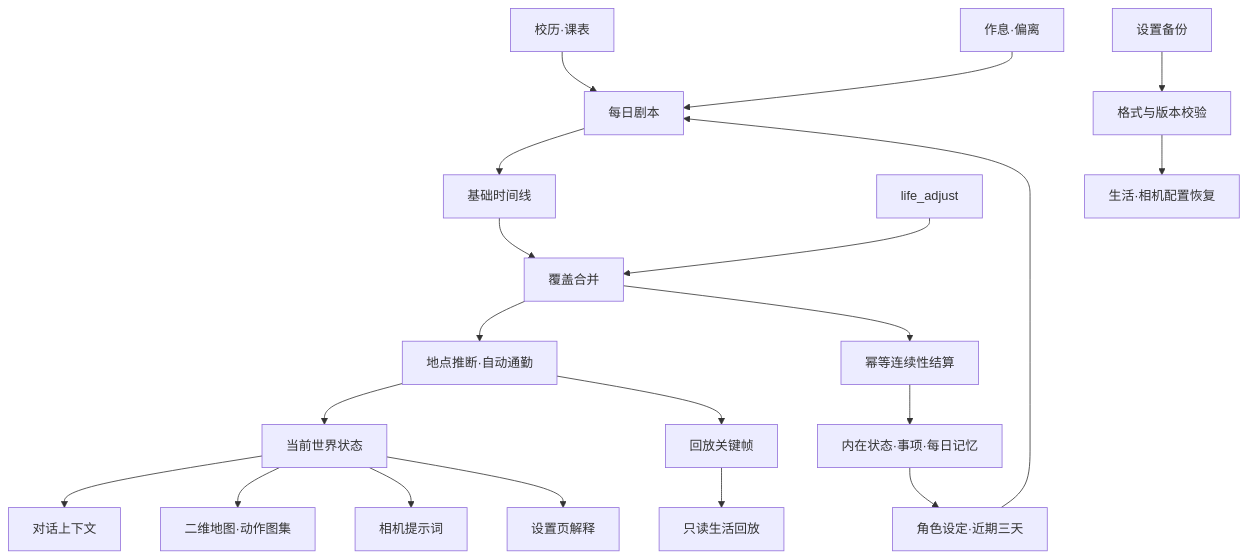
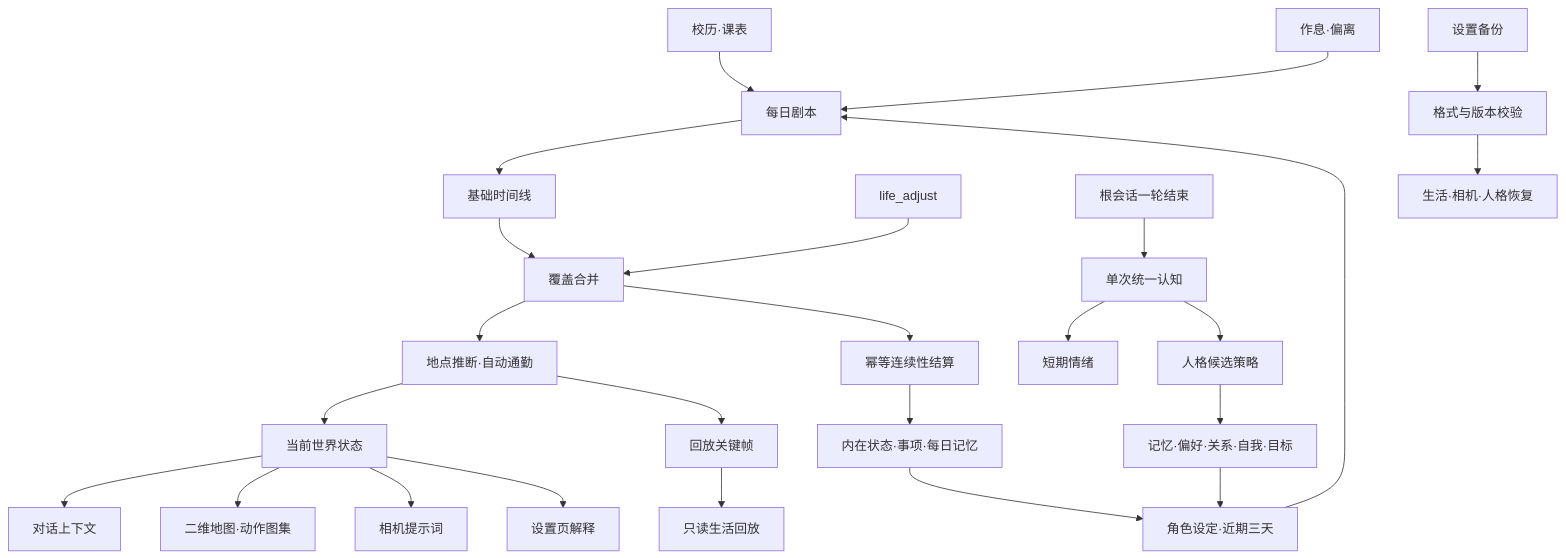
The diagram in docs/DESIGN.md (Vansnc/dsh-feiyu-life), drawn with Mermaid before and after one commit. The commit also changed other lines of this file and 16 other files, not shown here.

````diff
--- a/docs/DESIGN.md
+++ b/docs/DESIGN.md
@@ -20,22 +22,27 @@
 ```mermaid
 flowchart TD
   A[校历·课表] --> D[每日剧本]
   B[作息·偏离] --> D
   C[角色设定·近期三天] --> D
   D --> E[基础时间线]
   F[life_adjust] --> G[覆盖合并]
   E --> G
   G --> H[地点推断·自动通勤]
   H --> I[当前世界状态]
   I --> J[对话上下文]
   I --> K[二维地图·动作图集]
   I --> L[相机提示词]
   I --> M[设置页解释]
   H --> N[回放关键帧]
   N --> O[只读生活回放]
   G --> S[幂等连续性结算]
   S --> T[内在状态·事项·每日记忆]
   T --> C
+  U[根会话一轮结束] --> V[单次统一认知]
+  V --> W[短期情绪]
+  V --> X[人格候选策略]
+  X --> Y[记忆·偏好·关系·自我·目标]
+  Y --> C
   P[设置备份] --> Q[格式与版本校验]
-  Q --> R[生活·相机配置恢复]
+  Q --> R[生活·相机·人格恢复]
 ```
````
